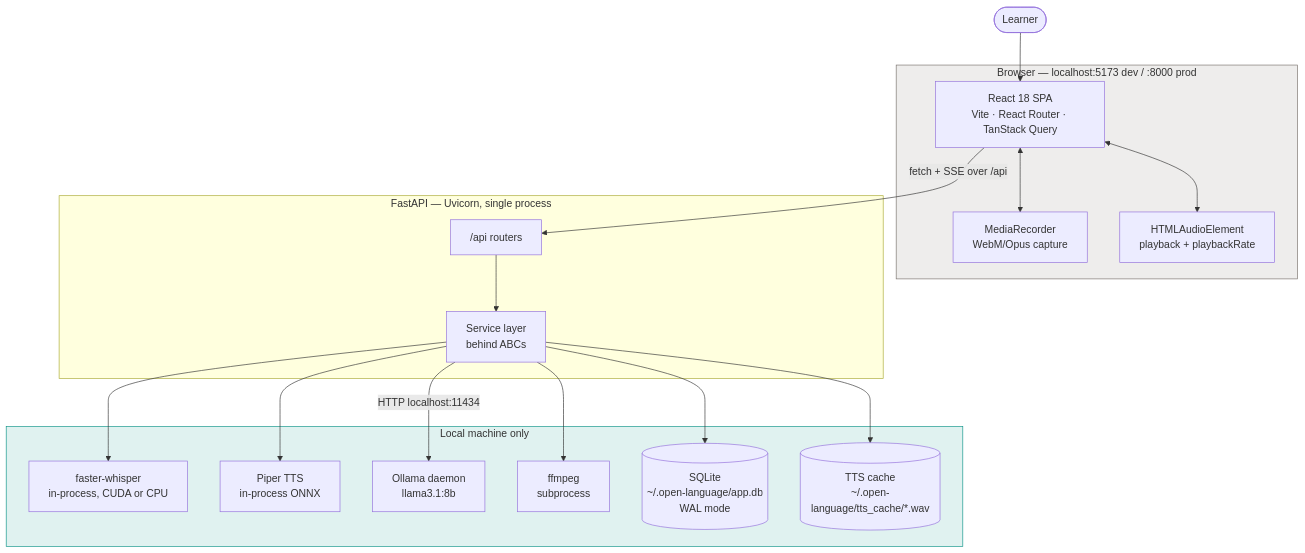
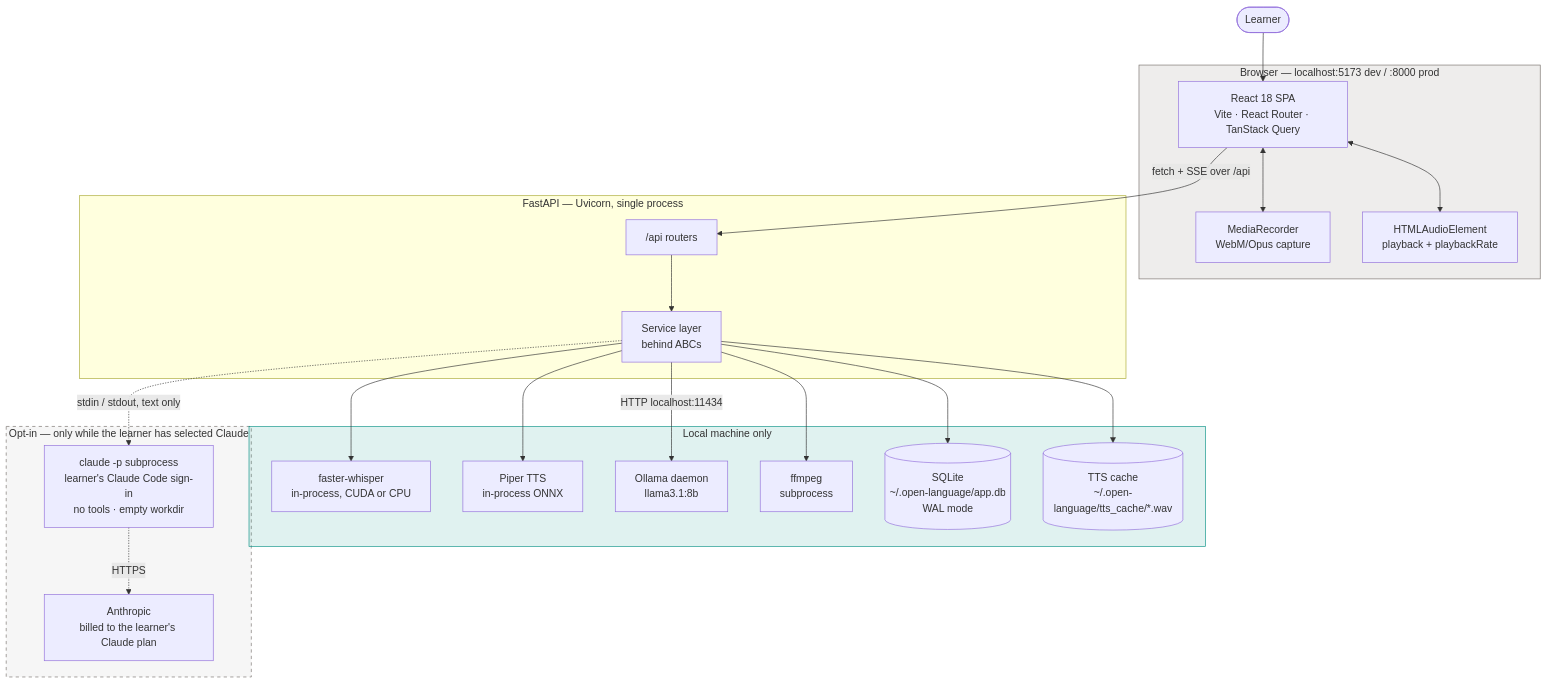
Before and after one commit to Scott123180/open-language: the first of 13 diagrams in docs/architecture.md, drawn with Mermaid. The commit also changed other lines of this file and 118 other files, not shown here.

````diff
--- a/docs/architecture.md
+++ b/docs/architecture.md
@@ -58,39 +77,48 @@
 ```mermaid
 flowchart TB
     User(["Learner"])
 
     subgraph Browser["Browser — localhost:5173 dev / :8000 prod"]
         SPA["React 18 SPA<br/>Vite · React Router · TanStack Query"]
         MIC["MediaRecorder<br/>WebM/Opus capture"]
         AUD["HTMLAudioElement<br/>playback + playbackRate"]
     end
 
     subgraph Backend["FastAPI — Uvicorn, single process"]
         API["/api routers"]
         SVC["Service layer<br/>behind ABCs"]
     end
 
     subgraph Local["Local machine only"]
         WHISPER["faster-whisper<br/>in-process, CUDA or CPU"]
         PIPER["Piper TTS<br/>in-process ONNX"]
         OLLAMA["Ollama daemon<br/>llama3.1:8b"]
         FFMPEG["ffmpeg<br/>subprocess"]
         DB[("SQLite<br/>~/.open-language/app.db<br/>WAL mode")]
         CACHE[("TTS cache<br/>~/.open-language/tts_cache/*.wav")]
     end
 
     User --> SPA
     SPA <--> MIC
     SPA <--> AUD
     SPA -- "fetch + SSE over /api" --> API
     API --> SVC
     SVC --> WHISPER
     SVC --> PIPER
     SVC -- "HTTP localhost:11434" --> OLLAMA
     SVC --> FFMPEG
     SVC --> DB
     SVC --> CACHE
 
+    subgraph OptIn["Opt-in — only while the learner has selected Claude"]
+        CC["claude -p subprocess<br/>learner's Claude Code sign-in<br/>no tools · empty workdir"]
+        ANTH["Anthropic<br/>billed to the learner's Claude plan"]
+    end
+
+    SVC -. "stdin / stdout, text only" .-> CC
+    CC -. "HTTPS" .-> ANTH
+
     style Local fill:#0d948820,stroke:#0d9488
     style Browser fill:#78716c20,stroke:#78716c
+    style OptIn fill:#78716c10,stroke:#78716c,stroke-dasharray: 5 5
 ```
````
